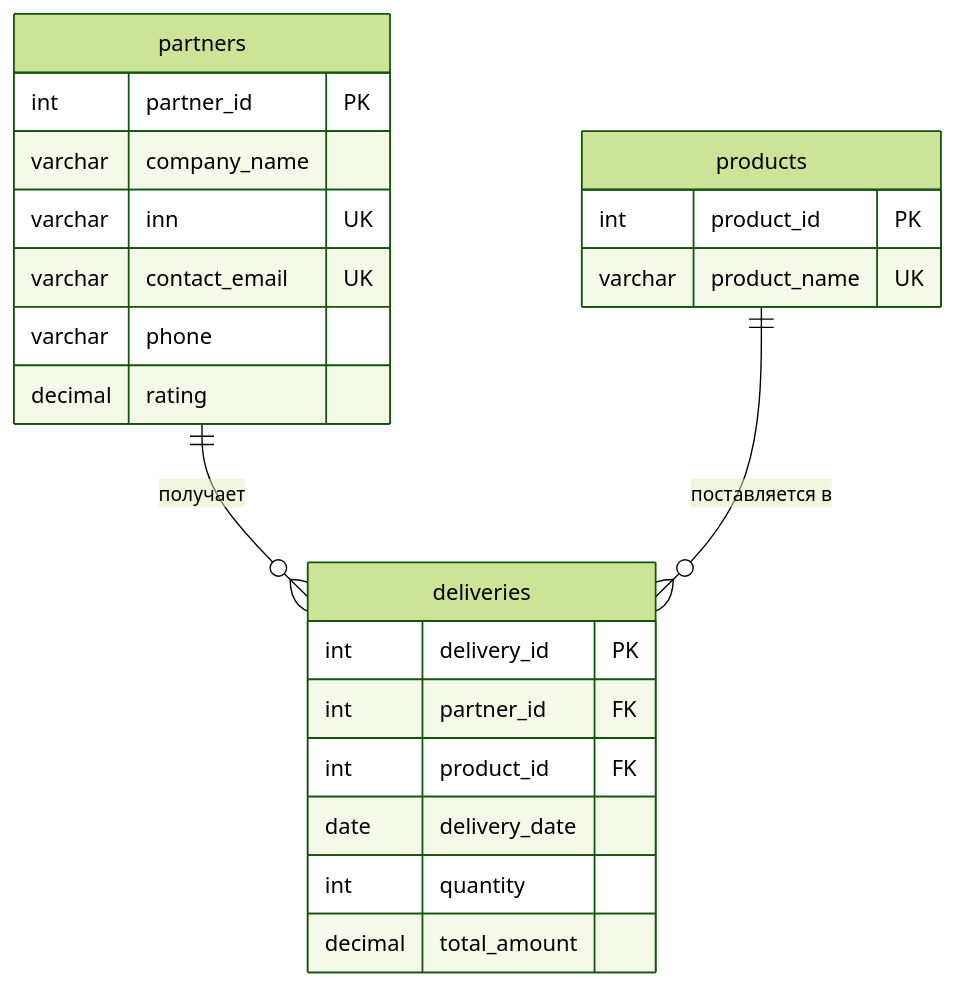
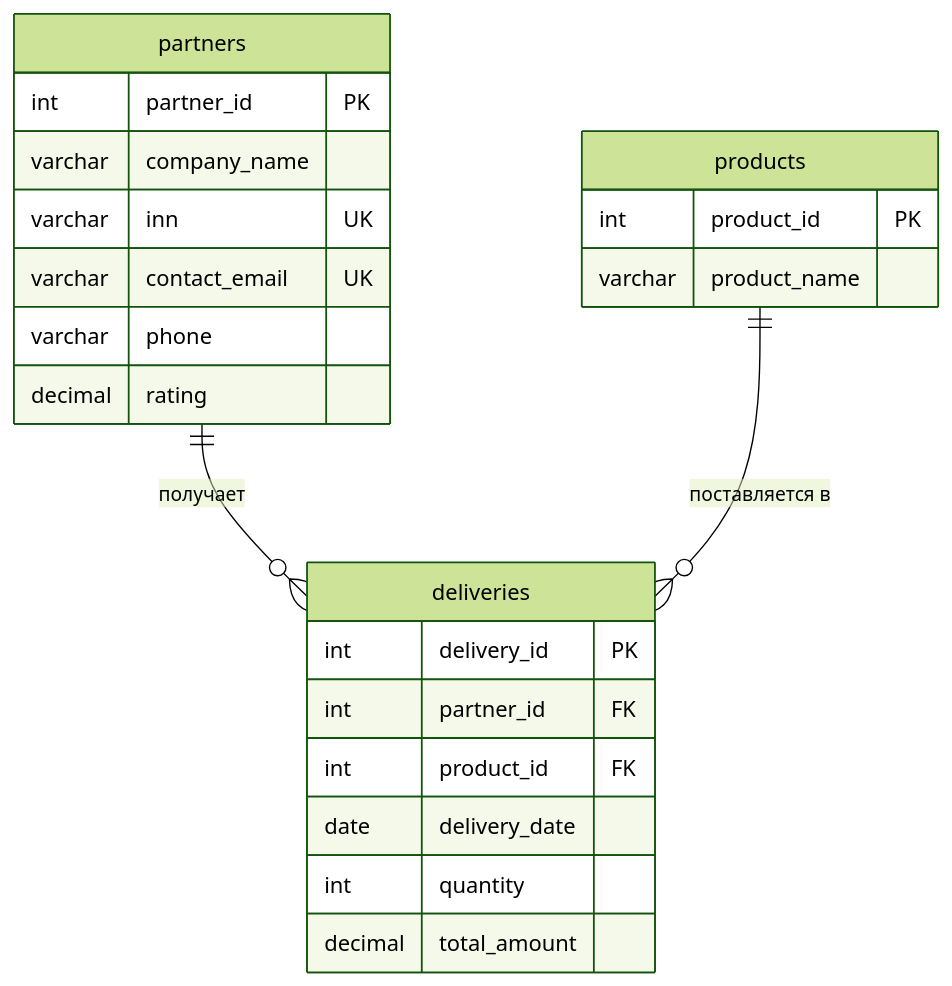
Before and after one commit to AlexxBekk/autumn-educational-practice: the diagram in Учебная практика/учебная практика_07.09.2026/Проектирование базы данных (3NF) и ER-диаграмма/er_diagram.md, drawn with Mermaid (forest theme). The commit also changed 5 other files, not shown here.

````diff
--- a/Учебная практика/учебная практика_07.09.2026/Проектирование базы данных (3NF) и ER-диаграмма/er_diagram.md
+++ b/Учебная практика/учебная практика_07.09.2026/Проектирование базы данных (3NF) и ER-диаграмма/er_diagram.md
@@ -1,28 +1,28 @@
 ```mermaid
 erDiagram
     partners {
         int partner_id PK
         varchar company_name
         varchar inn UK
         varchar contact_email UK
         varchar phone
         decimal rating
     }
 
     products {
         int product_id PK
-        varchar product_name UK
+        varchar product_name
     }
 
     deliveries {
         int delivery_id PK
         int partner_id FK
         int product_id FK
         date delivery_date
         int quantity
         decimal total_amount
     }
 
     partners ||--o{ deliveries : "получает"
     products ||--o{ deliveries : "поставляется в"
 ```
````
